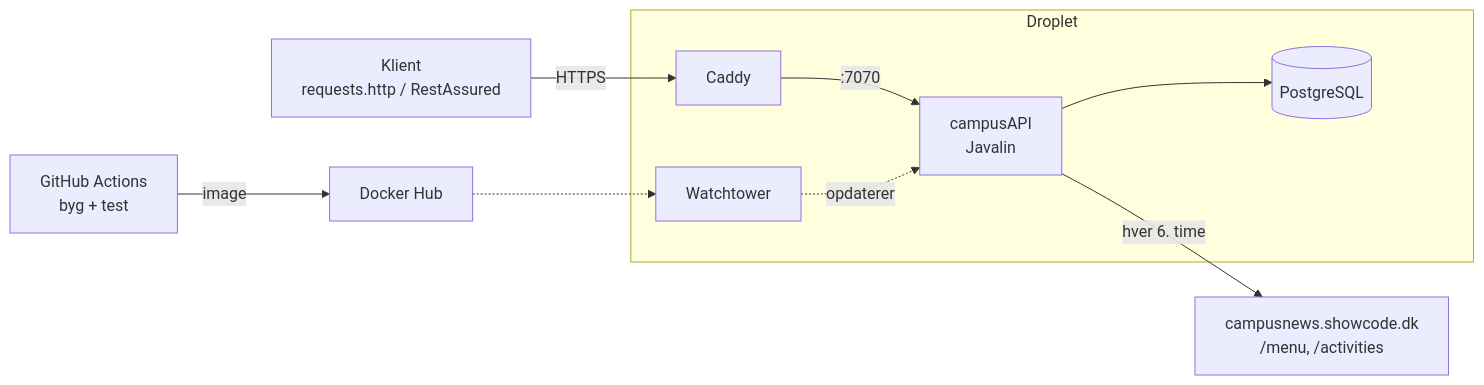
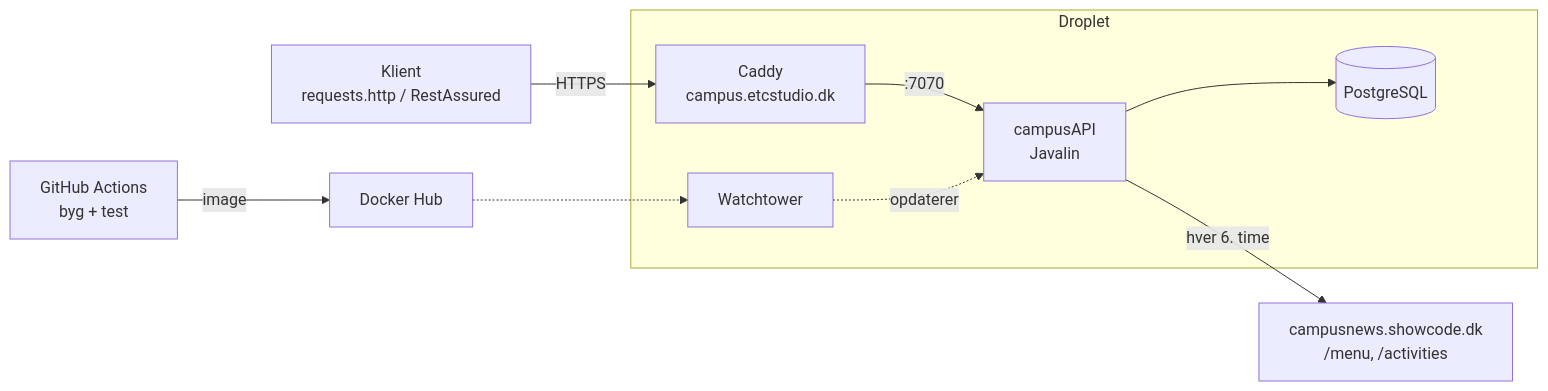
The diagram in README.md (Grottenhofnar/campus-bornholm), drawn with Mermaid before and after one commit.

Commit message:
Eksamens-version 2. Fikset readme fil igen.

````diff
--- a/README.md
+++ b/README.md
@@ -28,12 +28,12 @@
 ```mermaid
 flowchart LR
-    Client[Klient<br/>requests.http / RestAssured] -->|HTTPS| Caddy
+    Client[Klient<br/>requests.http / RestAssured] -->|HTTPS| Caddy[Caddy<br/>campus.etcstudio.dk]
     subgraph Droplet
         Caddy -->|:7070| API[campusAPI<br/>Javalin]
         API --> DB[(PostgreSQL)]
         Watchtower -.->|opdaterer| API
     end
     API -->|hver 6. time| Campus[campusnews.showcode.dk<br/>/menu, /activities]
     GitHub[GitHub Actions<br/>byg + test] -->|image| Hub[Docker Hub]
     Hub -.-> Watchtower
 ```
````
